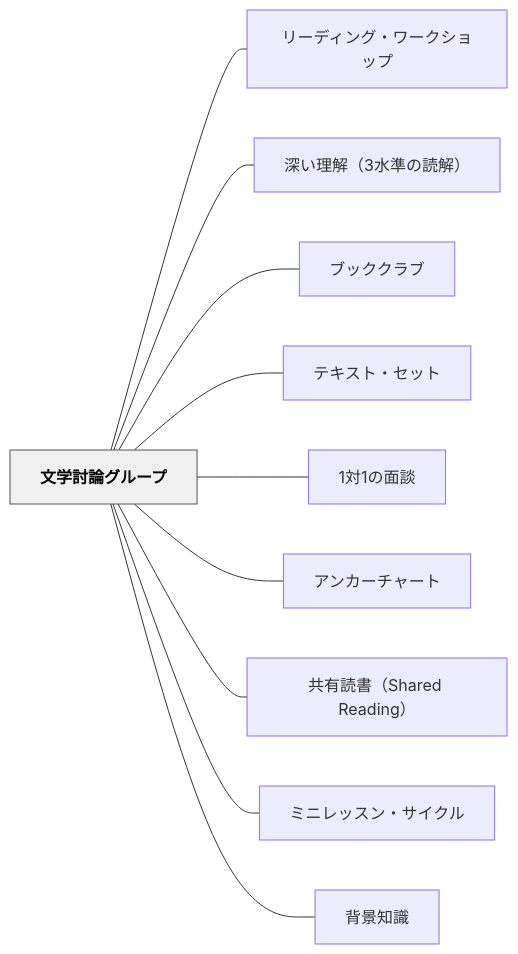
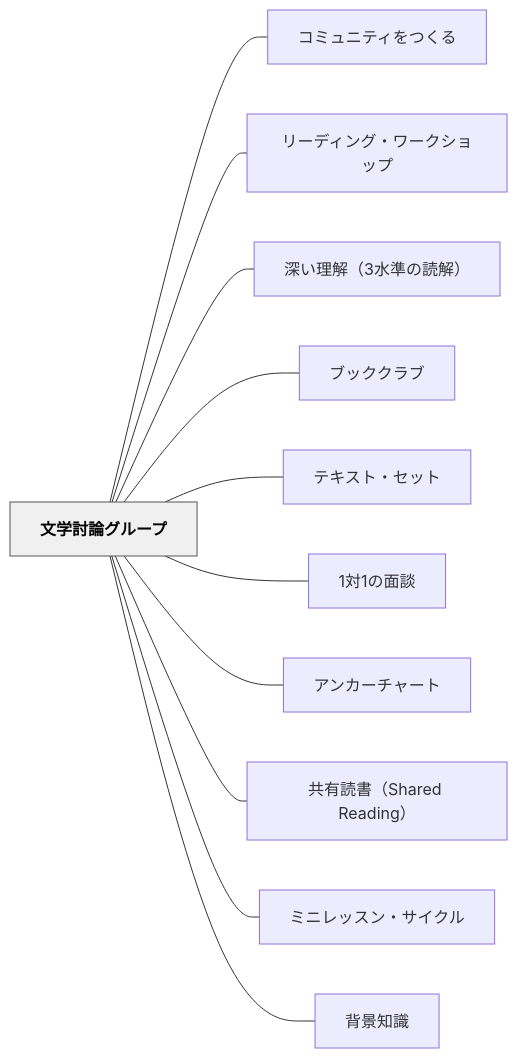
The diagram in content/パタン/文学討論グループ.md (unknownthings-ed-patterns/unknownthings-ed-patterns), drawn with Mermaid before and after one commit. The commit also changed other lines of this file and 100 other files, not shown here.

````diff
--- a/content/パタン/文学討論グループ.md
+++ b/content/パタン/文学討論グループ.md
@@ -202,26 +203,28 @@
 ```mermaid
 flowchart LR
     ne69687e5ada6e8a88ee8ab96e382b0e383abe383bce38397["文学討論グループ"]
+    ne382b3e3839fe383a5e3838be38386e382a3e38292e381a4e3818fe3828b["コミュニティをつくる"]
     ne383aae383bce38387e382a3e383b3e382b0e383bbe383afe383bce382afe382b7e383a7e38383e38397["リーディング・ワークショップ"]
     ne6b7b1e38184e79086e8a7a3efbc8833e6b0b4e6ba96e381aee8aaade8a7a3efbc89["深い理解（3水準の読解）"]
     ne38396e38383e382afe382afe383a9e38396["ブッククラブ"]
     ne38386e382ade382b9e38388e383bbe382bbe38383e38388["テキスト・セット"]
     n31e5afbe31e381aee99da2e8ab87["1対1の面談"]
     ne382a2e383b3e382abe383bce38381e383a3e383bce38388["アンカーチャート"]
     ne585b1e69c89e8aaade69bb8efbc885368617265642052656164696e67efbc89["共有読書（Shared Reading）"]
     ne3839fe3838be383ace38383e382b9e383b3e383bbe382b5e382a4e382afe383ab["ミニレッスン・サイクル"]
     ne8838ce699afe79fa5e8ad98["背景知識"]
 
+    ne69687e5ada6e8a88ee8ab96e382b0e383abe383bce38397 --- ne382b3e3839fe383a5e3838be38386e382a3e38292e381a4e3818fe3828b
     ne69687e5ada6e8a88ee8ab96e382b0e383abe383bce38397 --- ne383aae383bce38387e382a3e383b3e382b0e383bbe383afe383bce382afe382b7e383a7e38383e38397
     ne69687e5ada6e8a88ee8ab96e382b0e383abe383bce38397 --- ne6b7b1e38184e79086e8a7a3efbc8833e6b0b4e6ba96e381aee8aaade8a7a3efbc89
     ne69687e5ada6e8a88ee8ab96e382b0e383abe383bce38397 --- ne38396e38383e382afe382afe383a9e38396
     ne69687e5ada6e8a88ee8ab96e382b0e383abe383bce38397 --- ne38386e382ade382b9e38388e383bbe382bbe38383e38388
     ne69687e5ada6e8a88ee8ab96e382b0e383abe383bce38397 --- n31e5afbe31e381aee99da2e8ab87
     ne69687e5ada6e8a88ee8ab96e382b0e383abe383bce38397 --- ne382a2e383b3e382abe383bce38381e383a3e383bce38388
     ne69687e5ada6e8a88ee8ab96e382b0e383abe383bce38397 --- ne585b1e69c89e8aaade69bb8efbc885368617265642052656164696e67efbc89
     ne69687e5ada6e8a88ee8ab96e382b0e383abe383bce38397 --- ne3839fe3838be383ace38383e382b9e383b3e383bbe382b5e382a4e382afe383ab
     ne69687e5ada6e8a88ee8ab96e382b0e383abe383bce38397 --- ne8838ce699afe79fa5e8ad98
 
     classDef hub fill:#f0f0f0,stroke:#555,color:#000,font-weight:bold
     class ne69687e5ada6e8a88ee8ab96e382b0e383abe383bce38397 hub
 ```
````
